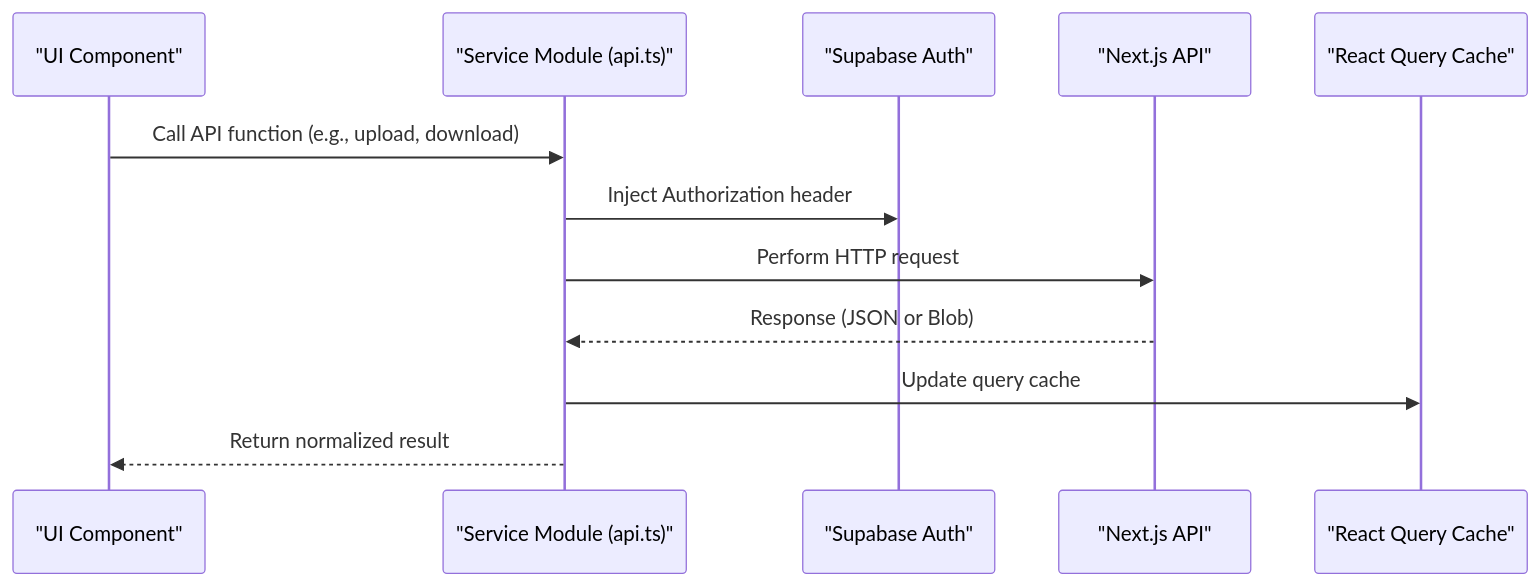
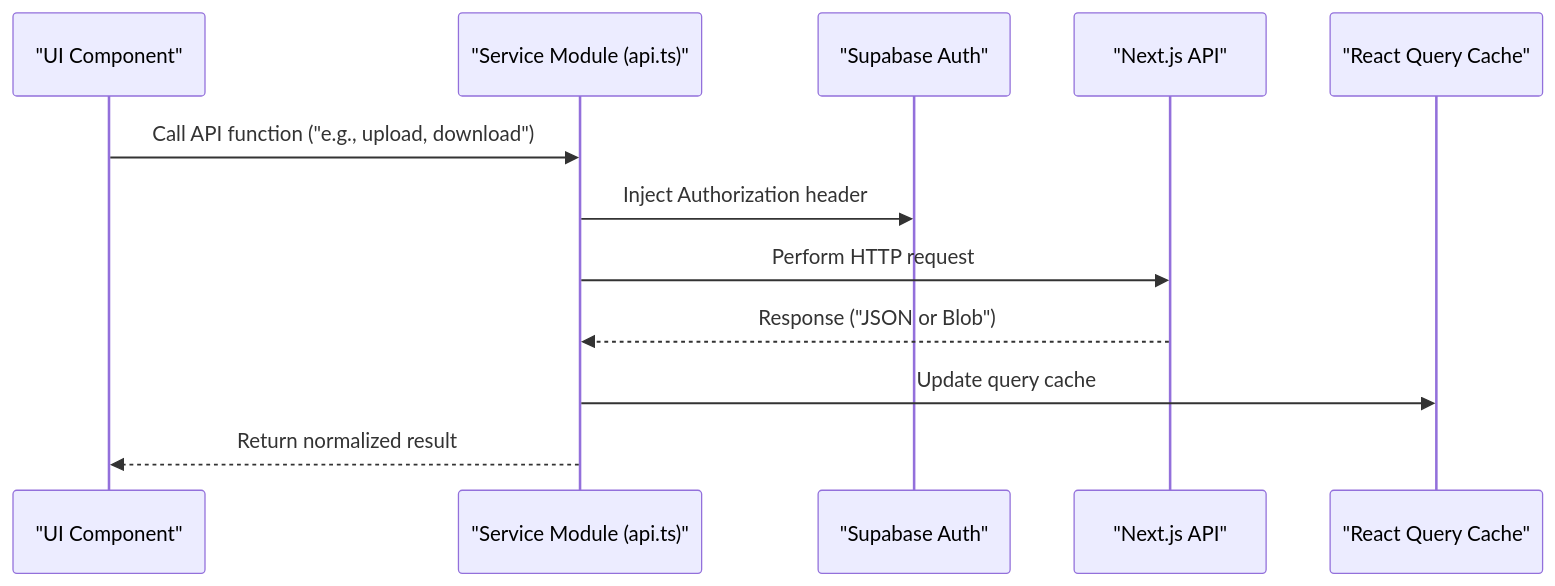
Before and after one commit to rohitkumarnaidu/ScholarFormAI: the second of 9 diagrams in docs/docs/knowledge/Frontend Development/API Integration/Service Layer Implementation.md, drawn with Mermaid. The commit also changed other lines of this file and 611 other files, not shown here.

````diff
--- a/docs/docs/knowledge/Frontend Development/API Integration/Service Layer Implementation.md
+++ b/docs/docs/knowledge/Frontend Development/API Integration/Service Layer Implementation.md
@@ -101,14 +101,14 @@
 ```mermaid
 sequenceDiagram
 participant UI as "UI Component"
 participant SRV as "Service Module (api.ts)"
 participant AUTH as "Supabase Auth"
 participant API as "Next.js API"
 participant CACHE as "React Query Cache"
-UI->>SRV : Call API function (e.g., upload, download)
+UI->>SRV : Call API function ("e.g., upload, download")
 SRV->>AUTH : Inject Authorization header
 SRV->>API : Perform HTTP request
-API-->>SRV : Response (JSON or Blob)
+API-->>SRV : Response ("JSON or Blob")
 SRV->>CACHE : Update query cache
 SRV-->>UI : Return normalized result
 ```
````
